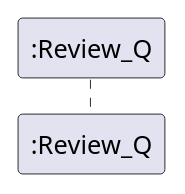
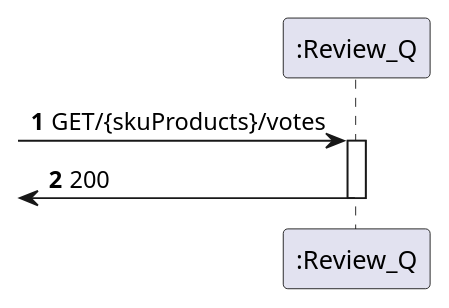
One commit to 1201441BrunoPereira/Trabalho2Reviews changed the diagram in Review1_Q/Documentação/N2/GetReviewOrderByVote.puml. Above: the diagram before and after it, drawn with PlantUML. The commit also changed 29 other files, not shown here.

Commit message:
Diagramas Trabalho 3

```diff
--- a/Review1_Q/Documentação/N2/GetReviewOrderByVote.puml
+++ b/Review1_Q/Documentação/N2/GetReviewOrderByVote.puml
@@ -1,11 +1,13 @@
 @startuml
 'https://plantuml.com/sequence-diagram
 
-autoactivate on
 autonumber
 
 participant ":Review_Q" as rev
 
-
+-> rev: GET/{skuProducts}/votes
+activate rev
+[<- rev: 200
+deactivate rev
 
 @enduml
```
